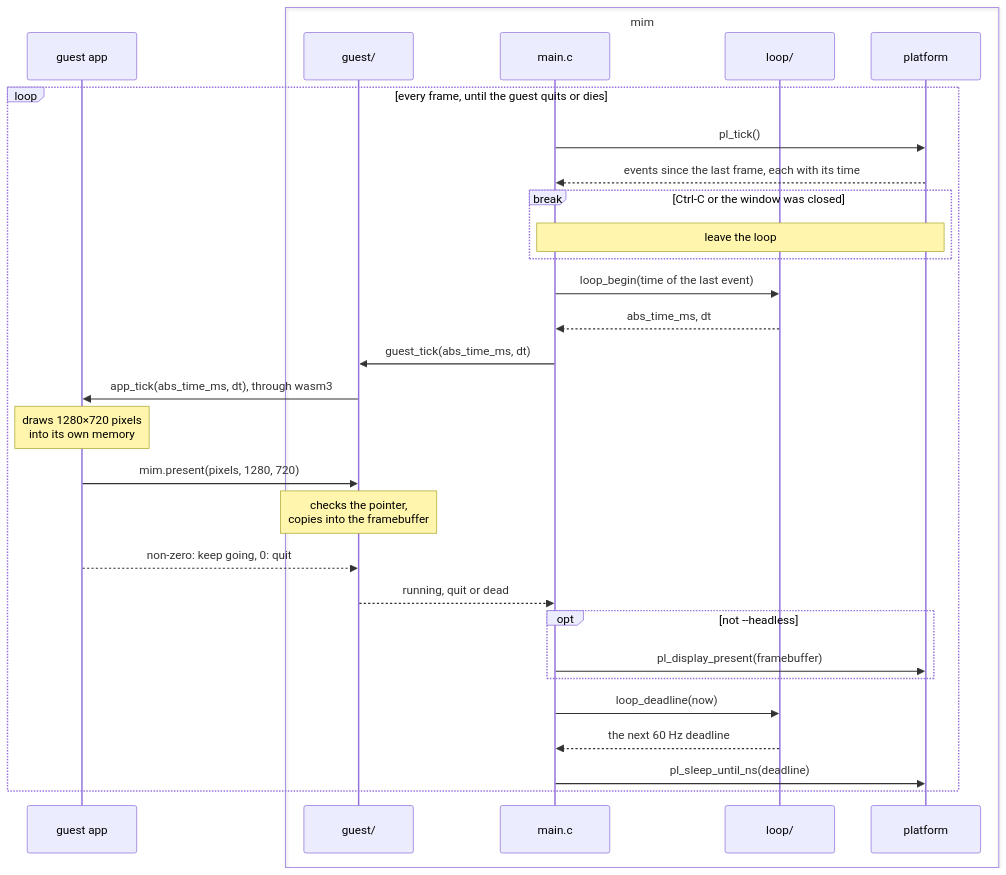
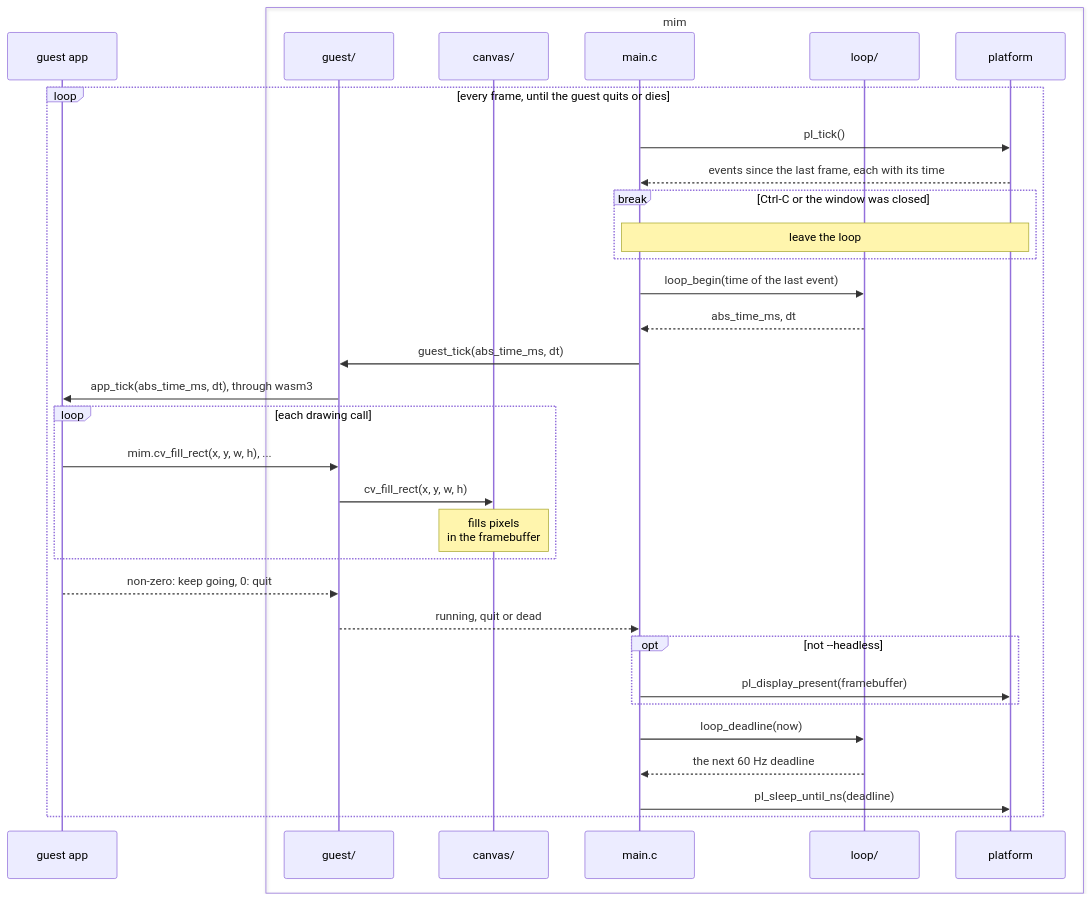
Before and after one commit to arinal/mim: the second of 3 diagrams in README.md, drawn with Mermaid. The commit also changed other lines of this file and 26 other files, not shown here.

````diff
--- a/README.md
+++ b/README.md
@@ -97,36 +100,39 @@
 ```mermaid
 sequenceDiagram
     accTitle: One frame
-    accDescr: Each frame, main.c polls the platform for events, gets the time and dt from loop/, calls the guest's app_tick through guest/, shows the framebuffer, and sleeps until the next 60 Hz deadline.
+    accDescr: Each frame, main.c polls the platform for events, gets the time and dt from loop/, calls the guest's app_tick through guest/, whose drawing calls go to canvas/, shows the framebuffer, and sleeps until the next 60 Hz deadline.
 
     participant app as guest app
     box mim
         participant guest as guest/
+        participant canvas as canvas/
         participant main as main.c
         participant clock as loop/
         participant pl as platform
     end
 
     loop every frame, until the guest quits or dies
         main->>pl: pl_tick()
         pl-->>main: events since the last frame, each with its time
         break Ctrl-C or the window was closed
             Note over main,pl: leave the loop
         end
         main->>clock: loop_begin(time of the last event)
         clock-->>main: abs_time_ms, dt
         main->>guest: guest_tick(abs_time_ms, dt)
         guest->>app: app_tick(abs_time_ms, dt), through wasm3
-        Note over app: draws 1280×720 pixels<br/>into its own memory
-        app->>guest: mim.present(pixels, 1280, 720)
-        Note over guest: checks the pointer,<br/>copies into the framebuffer
+        loop each drawing call
+            app->>guest: mim.cv_fill_rect(x, y, w, h), ...
+            guest->>canvas: cv_fill_rect(x, y, w, h)
+            Note over canvas: fills pixels<br/>in the framebuffer
+        end
         app-->>guest: non-zero: keep going, 0: quit
         guest-->>main: running, quit or dead
         opt not --headless
             main->>pl: pl_display_present(framebuffer)
         end
         main->>clock: loop_deadline(now)
         clock-->>main: the next 60 Hz deadline
         main->>pl: pl_sleep_until_ns(deadline)
     end
 ```
````
